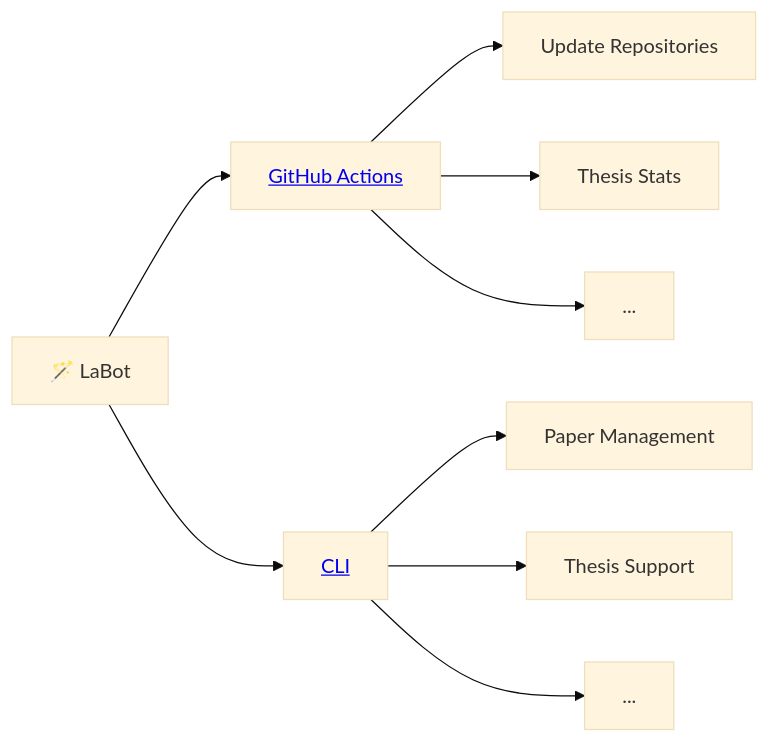
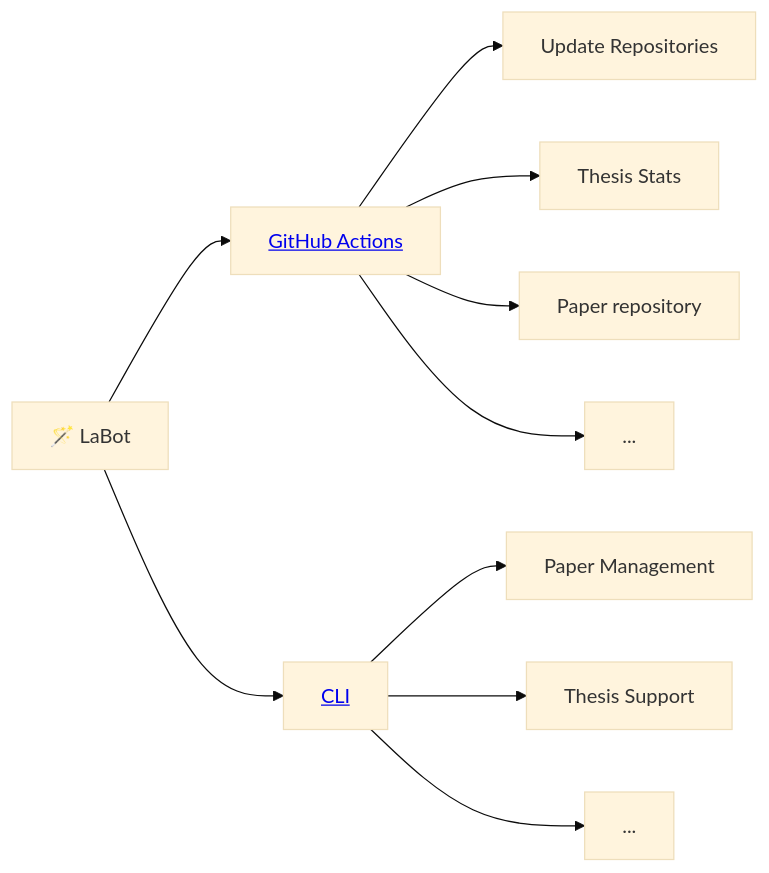
One commit to digital-work-lab/labot changed the diagram in README.md. Above: the diagram before and after it, drawn with Mermaid (base theme). The commit also changed other lines of this file and 2 other files, not shown here.

Commit message:
update paper-action

````diff
--- a/README.md
+++ b/README.md
@@ -3,11 +3,12 @@
 ```mermaid
 graph LR
     labot[🪄 LaBot] --> ghactions["<a href='digital-work-lab/labot?tab=readme-ov-file#github-actions'>GitHub Actions</a>"]
     labot --> cli["<a href='digital-work-lab/labot?tab=readme-ov-file#cli'>CLI</a>"]
     ghactions --> repos[Update Repositories]
     ghactions --> thesis_stats[Thesis Stats]
+    ghactions --> paper_repo[Paper repository]
     ghactions --> other_gha[...]
     cli --> paper[Paper Management]
     cli --> thesis[Thesis Support]
     cli --> other_cli[...]
 ```
````
